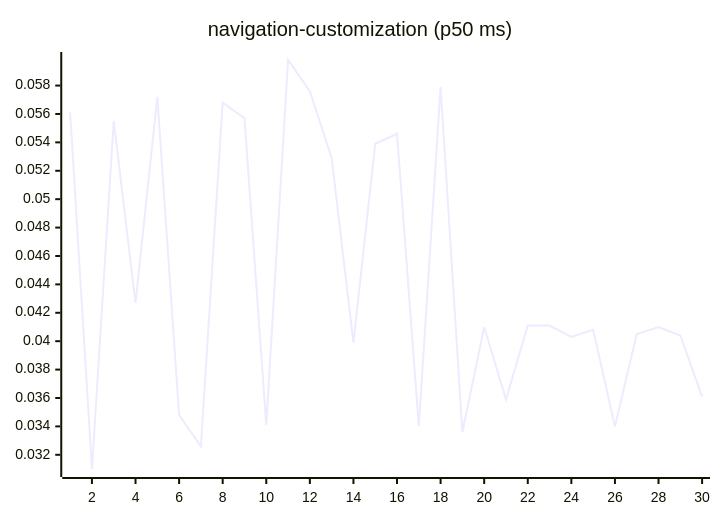
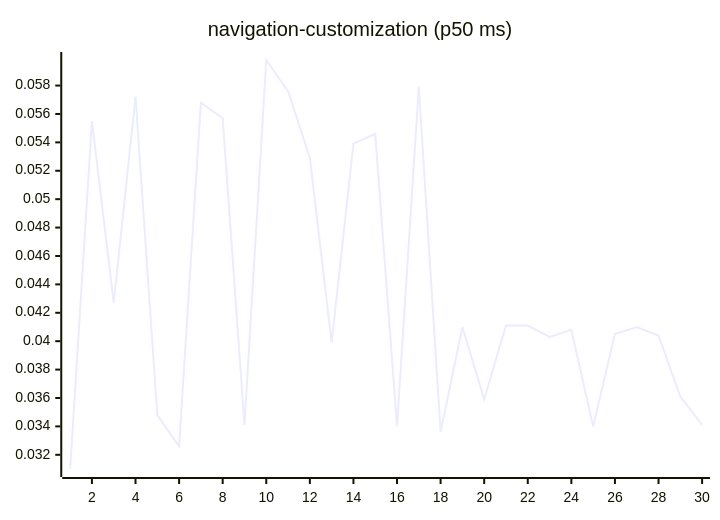
Diagram 15 of 27 in README.md (josha/Facet), drawn with Mermaid before and after one commit. The commit also changed other lines of this file and 2 other files, not shown here.

````diff
--- a/README.md
+++ b/README.md
@@ -161,6 +161,6 @@
 ```mermaid
 xychart-beta
     title "navigation-customization (p50 ms)"
     x-axis 1 --> 30
-    line [0.0561, 0.0310, 0.0555, 0.0427, 0.0572, 0.0348, 0.0326, 0.0568, 0.0557, 0.0341, 0.0598, 0.0576, 0.0529, 0.0399, 0.0539, 0.0546, 0.0340, 0.0579, 0.0336, 0.0410, 0.0359, 0.0411, 0.0411, 0.0403, 0.0408, 0.0340, 0.0405, 0.0410, 0.0404, 0.0361]
+    line [0.0310, 0.0555, 0.0427, 0.0572, 0.0348, 0.0326, 0.0568, 0.0557, 0.0341, 0.0598, 0.0576, 0.0529, 0.0399, 0.0539, 0.0546, 0.0340, 0.0579, 0.0336, 0.0410, 0.0359, 0.0411, 0.0411, 0.0403, 0.0408, 0.0340, 0.0405, 0.0410, 0.0404, 0.0361, 0.0341]
 ```
````
